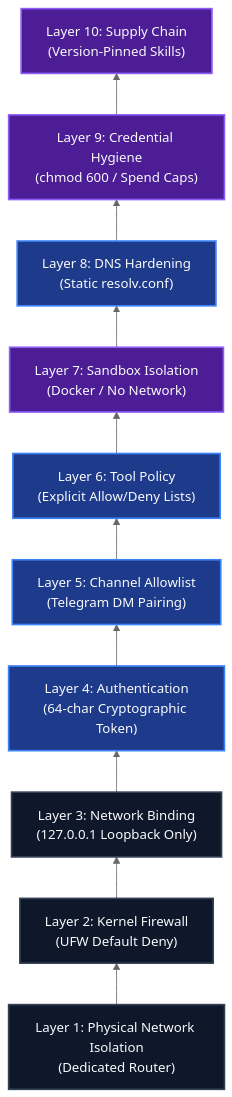
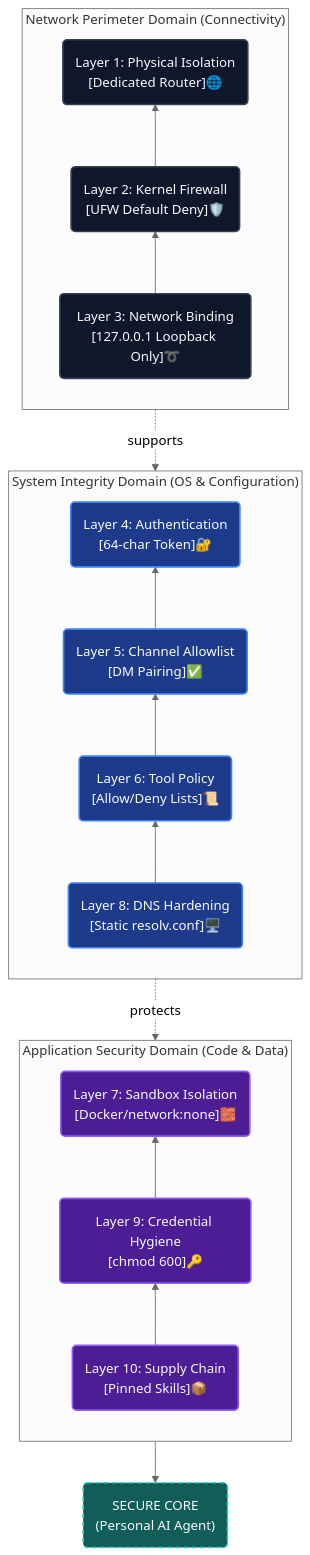
The first of 3 diagrams in docs-site/docs/security.md (vishal8shah/openclaw-personal-ai-agent), drawn with Mermaid (neutral theme) before and after one commit.

Commit message:
Update security diagram with logical flow and icons

````diff
--- a/docs-site/docs/security.md
+++ b/docs-site/docs/security.md
@@ -16,19 +16,43 @@
 ```mermaid
-graph BT
+graph TD
+    %% Functional Color-Coding for Defense Domains
     classDef network fill:#0f172a,stroke:#334155,stroke-width:2px,color:#f8fafc;
     classDef system fill:#1e3a8a,stroke:#3b82f6,stroke-width:2px,color:#f8fafc;
     classDef app fill:#4c1d95,stroke:#8b5cf6,stroke-width:2px,color:#f8fafc;
+    classDef core fill:#115e59,stroke:#2dd4bf,stroke-width:2px,color:#f8fafc,stroke-dasharray: 5 5;
 
-    L10["Layer 10: Supply Chain<br/>(Version-Pinned Skills)"]:::app
-    L9["Layer 9: Credential Hygiene<br/>(chmod 600 / Spend Caps)"]:::app
-    L8["Layer 8: DNS Hardening<br/>(Static resolv.conf)"]:::system
-    L7["Layer 7: Sandbox Isolation<br/>(Docker / No Network)"]:::app
-    L6["Layer 6: Tool Policy<br/>(Explicit Allow/Deny Lists)"]:::system
-    L5["Layer 5: Channel Allowlist<br/>(Telegram DM Pairing)"]:::system
-    L4["Layer 4: Authentication<br/>(64-char Cryptographic Token)"]:::system
-    L3["Layer 3: Network Binding<br/>(127.0.0.1 Loopback Only)"]:::network
-    L2["Layer 2: Kernel Firewall<br/>(UFW Default Deny)"]:::network
-    L1["Layer 1: Physical Network Isolation<br/>(Dedicated Router)"]:::network
+    %% Logical Flow - All Defenses Converge on the Agent
+    subgraph AppDomain ["Application Security Domain (Code & Data)"]
+        direction BT
+        L10("Layer 10: Supply Chain<br/>[Pinned Skills]📦"):::app
+        L9("Layer 9: Credential Hygiene<br/>[chmod 600]🔑"):::app
+        L7("Layer 7: Sandbox Isolation<br/>[Docker/network:none]🧱"):::app
+        L10 --> L9 --> L7
+    end
 
-    L1 --> L2 --> L3 --> L4 --> L5 --> L6 --> L7 --> L8 --> L9 --> L10
+    subgraph SystemDomain ["System Integrity Domain (OS & Configuration)"]
+        direction BT
+        L8("Layer 8: DNS Hardening<br/>[Static resolv.conf]🖥️"):::system
+        L6("Layer 6: Tool Policy<br/>[Allow/Deny Lists]📜"):::system
+        L5("Layer 5: Channel Allowlist<br/>[DM Pairing]✅"):::system
+        L4("Layer 4: Authentication<br/>[64-char Token]🔐"):::system
+        L8 --> L6 --> L5 --> L4
+    end
+
+    subgraph NetworkDomain ["Network Perimeter Domain (Connectivity)"]
+        direction BT
+        L3("Layer 3: Network Binding<br/>[127.0.0.1 Loopback Only]➰"):::network
+        L2("Layer 2: Kernel Firewall<br/>[UFW Default Deny]🛡️"):::network
+        L1("Layer 1: Physical Isolation<br/>[Dedicated Router]🌐"):::network
+        L3 --> L2 --> L1
+    end
+
+    %% The Converging Secure Core
+    Agent("SECURE CORE<br/>(Personal AI Agent)"):::core
+
+    %% Connecting Domains and Peak Endpoint
+    NetworkDomain -.->|supports| SystemDomain
+    SystemDomain -.->|protects| AppDomain
+    AppDomain --> Agent
+
 ```
````
